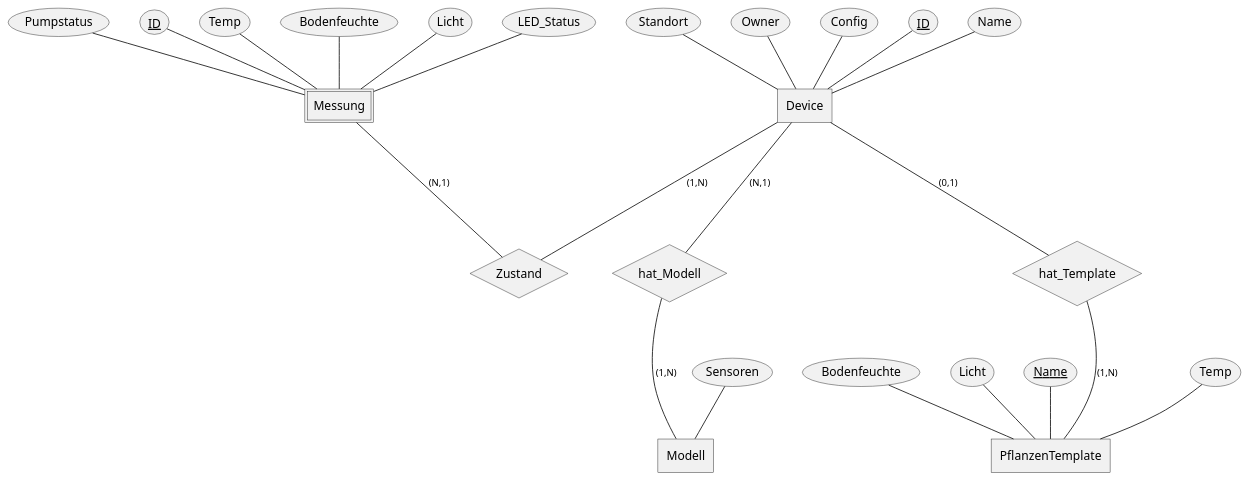
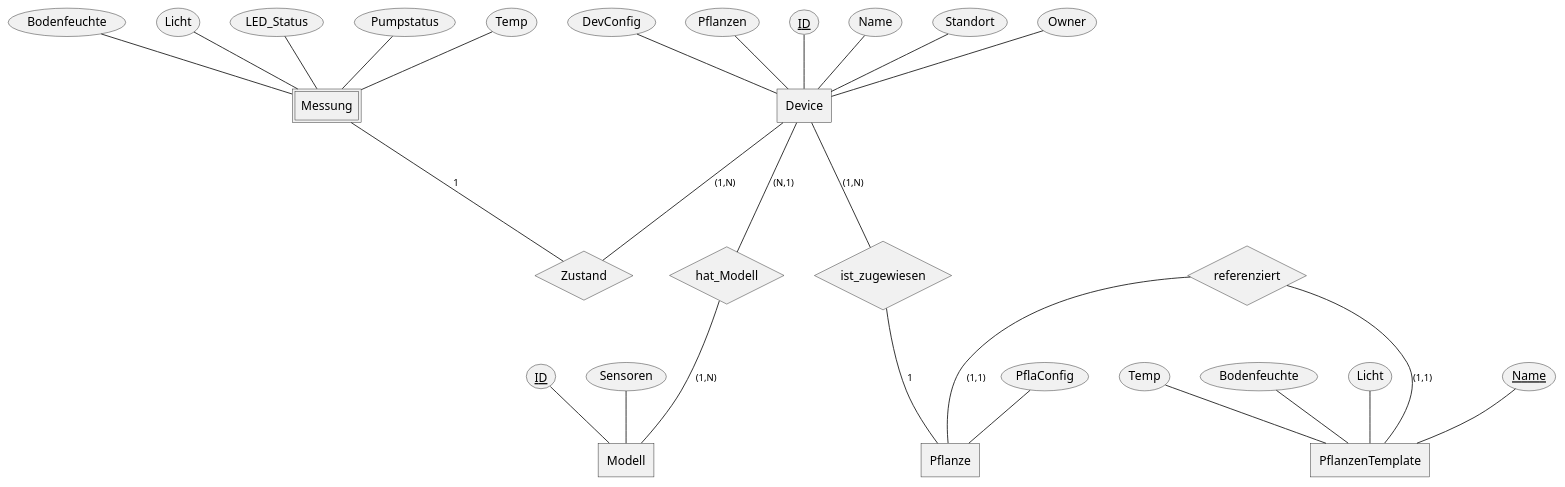
Before and after one commit to VadimSokow/Plantmatic: the diagram in doc/diagrams/db_chen.puml, drawn with PlantUML.

Commit message:
Added "Pflanze"-Entity and relations in db_chen.puml

```diff
--- a/doc/diagrams/db_chen.puml
+++ b/doc/diagrams/db_chen.puml
@@ -1,54 +1,65 @@
 @startchen
 
 entity Device{
 ID <<key>>
-Name
+Name 
 Standort
 Owner
-Config
+DevConfig
+Pflanzen
 }
 
 relationship Zustand {
 
 }
 
 relationship hat_Modell {
 
 }
 
-relationship hat_Template{
+relationship referenziert{
+
+}
+
+relationship ist_zugewiesen {
 
 }
 
 
 
+
 entity Modell{
-Sensoren
+ID <<key>> 
+Sensoren 
 }
 
+entity Pflanze {
+PflaConfig
+}
 entity Messung <<weak>> {
-ID <<key>>
 Temp
 Bodenfeuchte
 Licht
 LED_Status
 Pumpstatus
 }
 
 entity PflanzenTemplate {
-Name <<key>>
+Name <<key>> 
 Temp
 Bodenfeuchte
 Licht
 }
 
 Device -(1,N)- Zustand
-Messung -(N,1)- Zustand
+Messung -1- Zustand
 Device -(N,1)- hat_Modell 
 hat_Modell -(1,N)- Modell 
-Device -(0,1)- hat_Template
-hat_Template -(1,N)- PflanzenTemplate
+referenziert -(1,1)- PflanzenTemplate
+referenziert -(1,1)- Pflanze
+Device -(1,N)- ist_zugewiesen
+ist_zugewiesen -1- Pflanze
 
 
 
 @endchen
```
